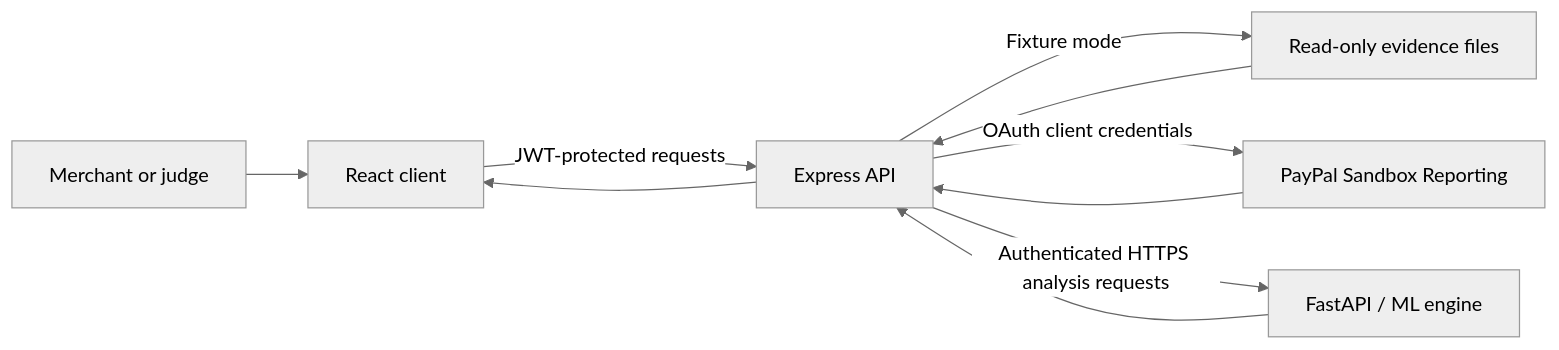
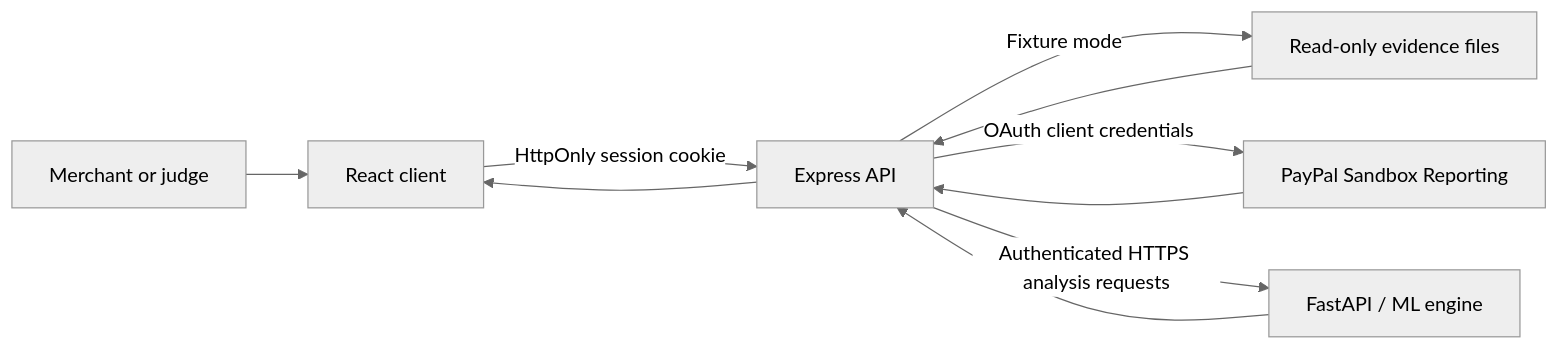
Before and after one commit to sanju-zxt/ledgerlens-pro: the diagram in docs/ARCHITECTURE.md, drawn with Mermaid (neutral theme). The commit also changed other lines of this file and 29 other files, not shown here.

````diff
--- a/docs/ARCHITECTURE.md
+++ b/docs/ARCHITECTURE.md
@@ -15,12 +15,12 @@
 ```mermaid
 flowchart LR
   U[Merchant or judge] --> C[React client]
-  C -->|JWT-protected requests| A[Express API]
+  C -->|HttpOnly session cookie| A[Express API]
   A -->|Fixture mode| E[Read-only evidence files]
   A -->|OAuth client credentials| P[PayPal Sandbox Reporting]
   A -->|Authenticated HTTPS analysis requests| M[FastAPI / ML engine]
   E --> A
   P --> A
   M --> A
   A --> C
 ```
````
